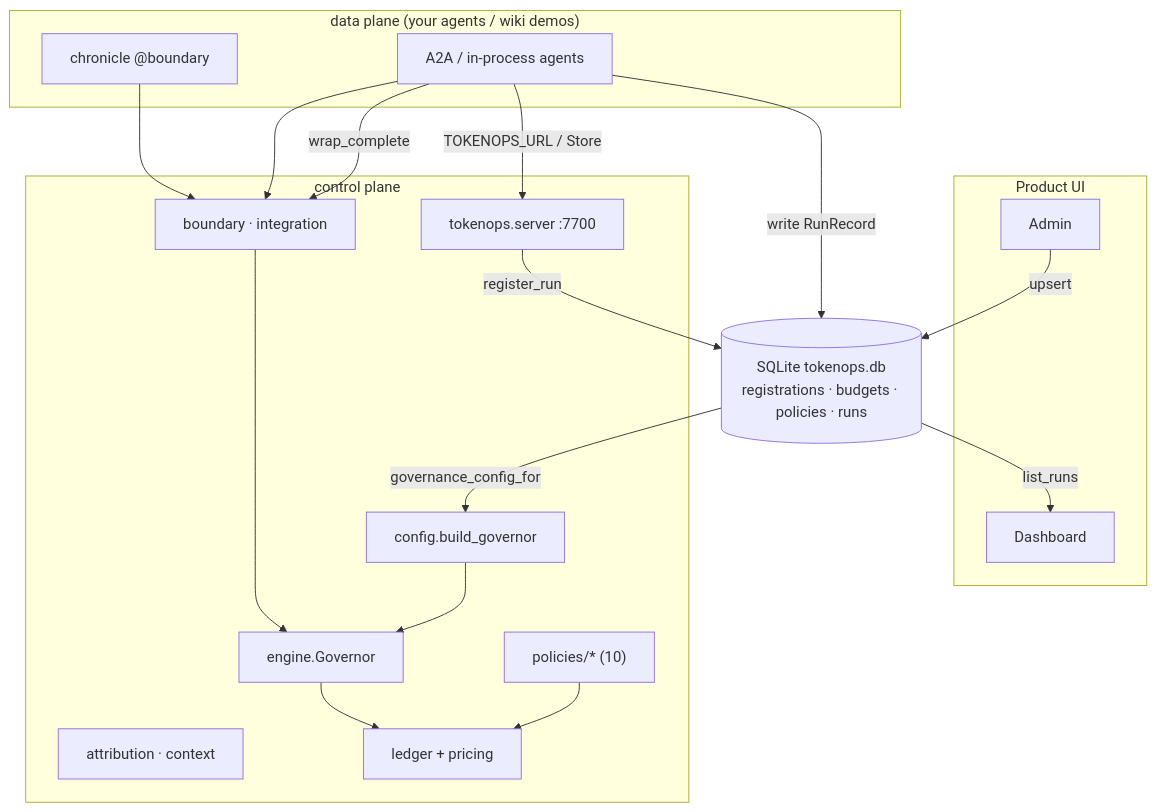
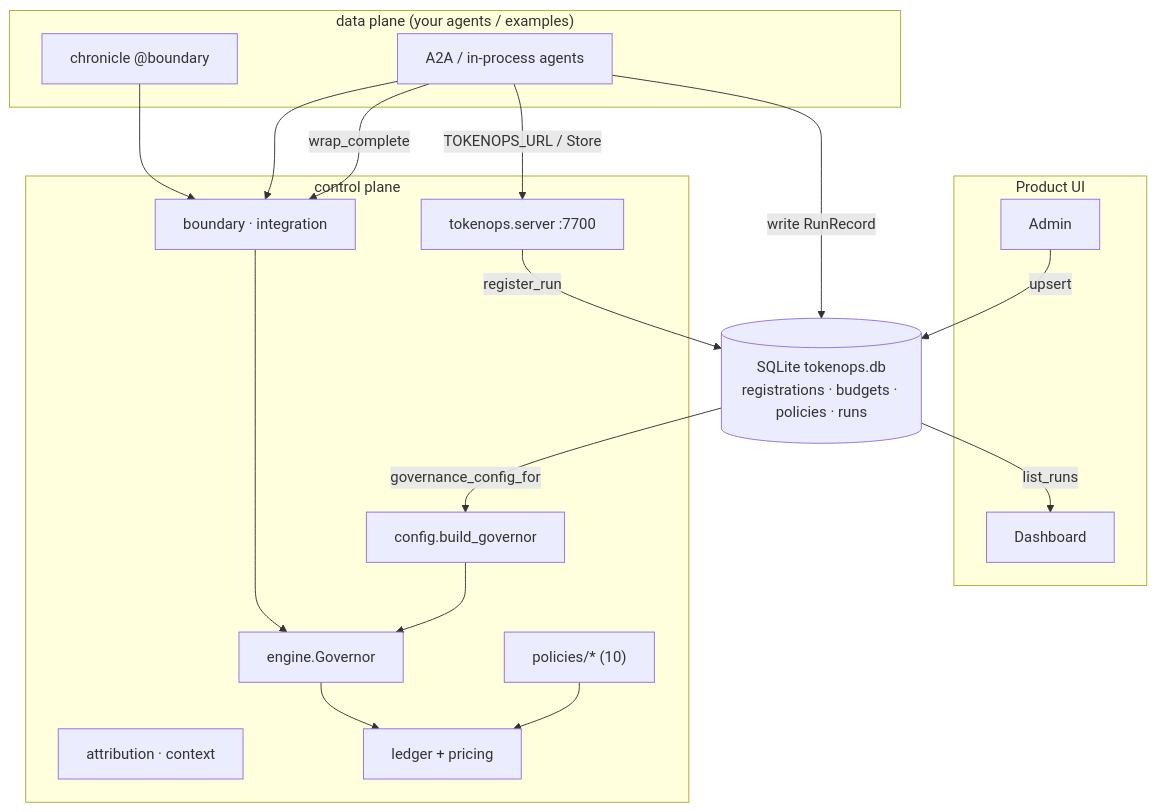
One commit to theagentplane/tokenops changed the diagram in docs/architecture.md. Above: the diagram before and after it, drawn with Mermaid. The commit also changed other lines of this file and 231 other files, not shown here.

First line of the commit message:
Absorb tokenops-wiki demos into the monorepo.

````diff
--- a/docs/architecture.md
+++ b/docs/architecture.md
@@ -28,38 +29,38 @@
 ```mermaid
 graph TD
-    subgraph dataplane["data plane (your agents / wiki demos)"]
+    subgraph dataplane["data plane (your agents / examples)"]
         agent["A2A / in-process agents"]
         chronicle["chronicle @boundary"]
     end
 
     subgraph uis["Product UI"]
         admin["Admin"]
         dash["Dashboard"]
     end
 
     store[("SQLite tokenops.db\nregistrations · budgets · policies · runs")]
 
     subgraph control["control plane"]
         attr["attribution · context"]
         boundary["boundary · integration"]
         cfg["config.build_governor"]
         engine["engine.Governor"]
         policies["policies/* (10)"]
         ledger["ledger + pricing"]
         plane["tokenops.server :7700"]
     end
 
     plane -->|register_run| store
     agent -->|TOKENOPS_URL / Store| plane
     admin -->|upsert| store
     store -->|governance_config_for| cfg
     agent -->|write RunRecord| store
     store -->|list_runs| dash
     chronicle --> boundary
     boundary --> engine
     agent --> boundary
     agent -->|wrap_complete| boundary
     cfg --> engine
     engine --> ledger
     policies --> ledger
 ```
````
